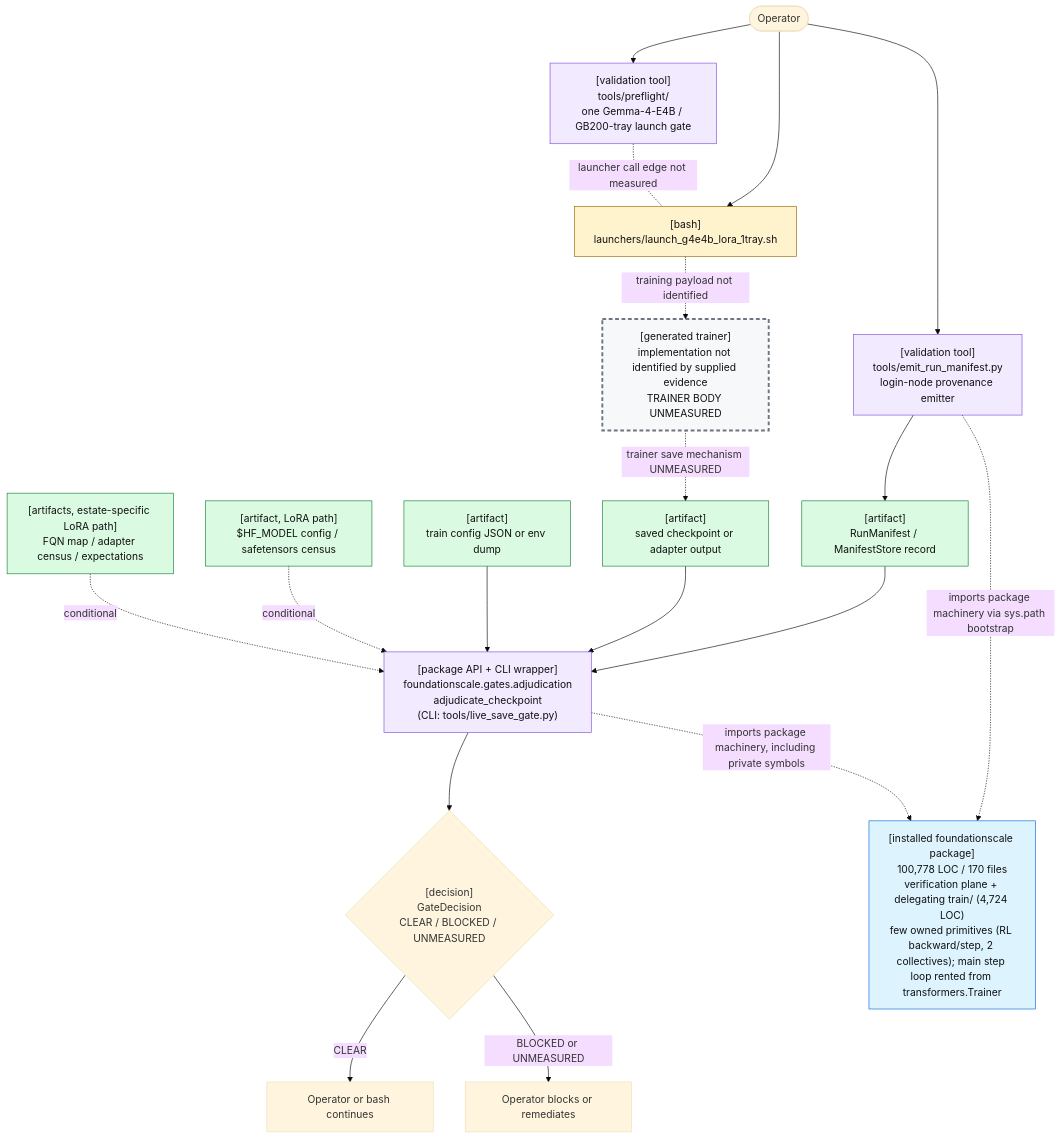
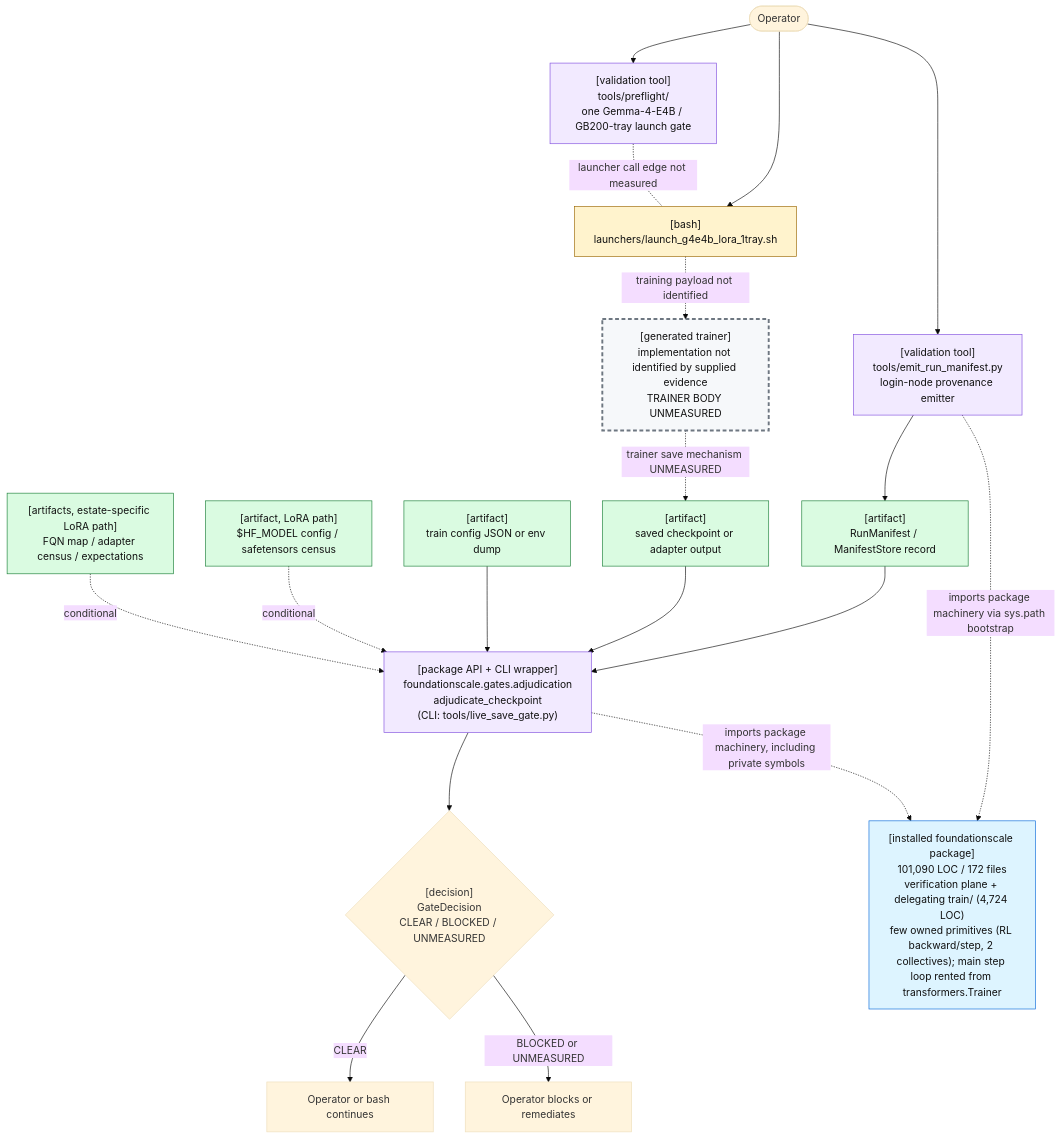
Before and after one commit to TranNhiem/FoundationScale: the first of 2 diagrams in docs/review/D2_current_architecture.md, drawn with Mermaid (base theme). The commit also changed other lines of this file and 10 other files, not shown here.

````diff
--- a/docs/review/D2_current_architecture.md
+++ b/docs/review/D2_current_architecture.md
@@ -25,59 +25,59 @@
 ```mermaid
 flowchart TB
   O(["Operator"])
 
   PF["[validation tool]<br/>tools/preflight/<br/>one Gemma-4-E4B / GB200-tray launch gate"]
   L["[bash]<br/>launchers/launch_g4e4b_lora_1tray.sh"]
 
   E["[validation tool]<br/>tools/emit_run_manifest.py<br/>login-node provenance emitter"]
   M["[artifact]<br/>RunManifest / ManifestStore record"]
 
   T["[generated trainer]<br/>implementation not identified by supplied evidence<br/>TRAINER BODY UNMEASURED"]
   C["[artifact]<br/>saved checkpoint or adapter output"]
 
   G["[package API + CLI wrapper]<br/>foundationscale.gates.adjudication<br/>adjudicate_checkpoint<br/>(CLI: tools/live_save_gate.py)"]
   CFG["[artifact]<br/>train config JSON or env dump"]
   BASE["[artifact, LoRA path]<br/>$HF_MODEL config / safetensors census"]
   CEN["[artifacts, estate-specific LoRA path]<br/>FQN map / adapter census / expectations"]
 
   D{"[decision]<br/>GateDecision<br/>CLEAR / BLOCKED / UNMEASURED"}
   OK["Operator or bash continues"]
   NO["Operator blocks or remediates"]
 
-  PKG["[installed foundationscale package]<br/>100,778 LOC / 170 files<br/>verification plane + delegating train/ (4,724 LOC)<br/>few owned primitives (RL backward/step, 2 collectives); main step loop rented from transformers.Trainer"]
+  PKG["[installed foundationscale package]<br/>101,090 LOC / 172 files<br/>verification plane + delegating train/ (4,724 LOC)<br/>few owned primitives (RL backward/step, 2 collectives); main step loop rented from transformers.Trainer"]
 
   O --> PF
   O --> L
   PF -. "launcher call edge not measured" .- L
 
   O --> E
   E --> M
 
   L -. "training payload not identified" .-> T
   T -. "trainer save mechanism UNMEASURED" .-> C
 
   M --> G
   C --> G
   CFG --> G
   BASE -. "conditional" .-> G
   CEN -. "conditional" .-> G
 
   E -. "imports package machinery via sys.path bootstrap" .-> PKG
   G -. "imports package machinery, including private symbols" .-> PKG
 
   G --> D
   D -->|"CLEAR"| OK
   D -->|"BLOCKED or UNMEASURED"| NO
 
   classDef bash fill:#fff3cd,stroke:#9a6700,color:#111;
   classDef tool fill:#f2eaff,stroke:#8250df,color:#111;
   classDef artifact fill:#dafbe1,stroke:#1a7f37,color:#111;
   classDef gap fill:#f6f8fa,stroke:#6e7781,stroke-width:3px,stroke-dasharray: 6 4,color:#111;
   classDef pkg fill:#ddf4ff,stroke:#0969da,color:#111;
 
   class L bash;
   class PF,E,G tool;
   class M,C,CFG,BASE,CEN artifact;
   class T gap;
   class PKG pkg;
 ```
````
